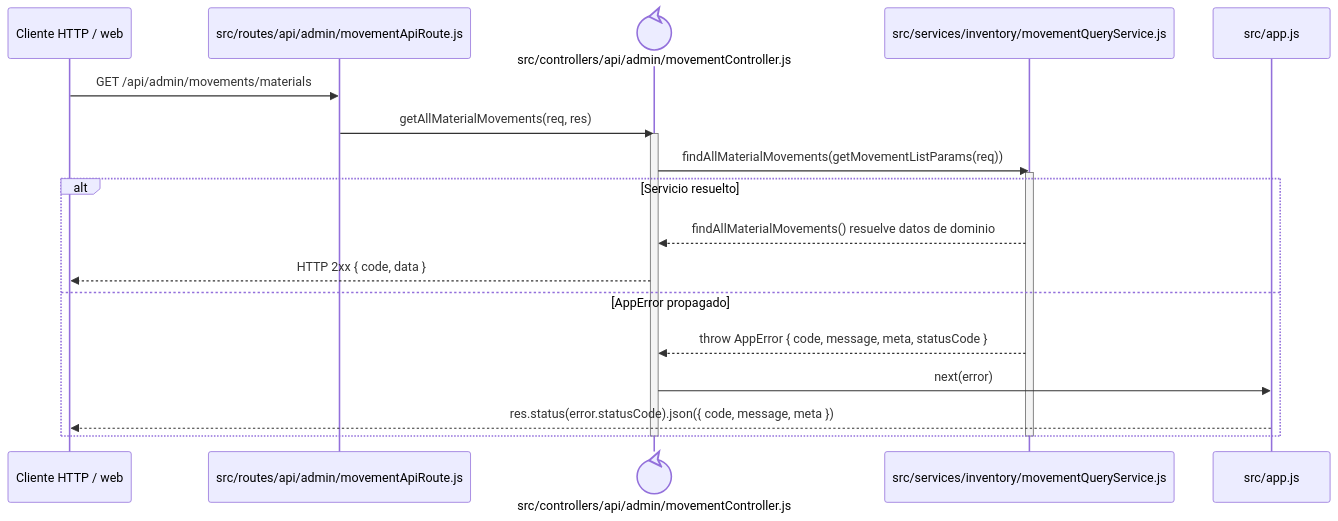
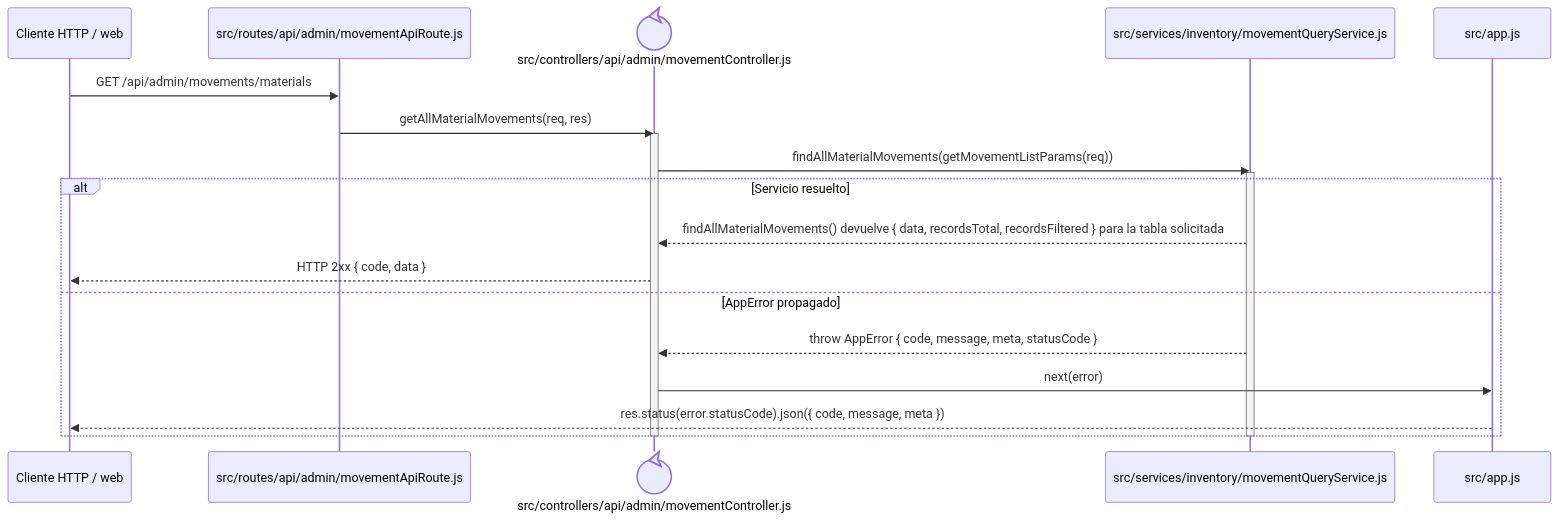
One commit to gpgsistemas01/nexus changed the diagram in docs/architecture/backend-code-sequences/catalogs/cu-alm-07.md. Above: the diagram before and after it, drawn with Mermaid. The commit also changed 102 other files, not shown here.

````diff
--- a/docs/architecture/backend-code-sequences/catalogs/cu-alm-07.md
+++ b/docs/architecture/backend-code-sequences/catalogs/cu-alm-07.md
@@ -6,24 +6,24 @@
 ```mermaid
 sequenceDiagram
     participant Client as Cliente HTTP / web
     participant Route as src/routes/api/admin/movementApiRoute.js
     participant Controller@{ "type": "control" } as src/controllers/api/admin/movementController.js
     participant Domain as src/services/inventory/movementQueryService.js
     participant ErrorHandler as src/app.js
 
     Client->>Route: GET /api/admin/movements/materials
     Route->>Controller: getAllMaterialMovements(req, res)
     activate Controller
     Controller->>Domain: findAllMaterialMovements(getMovementListParams(req))
     activate Domain
     alt Servicio resuelto
-        Domain-->>Controller: findAllMaterialMovements() resuelve datos de dominio
+        Domain-->>Controller: findAllMaterialMovements() devuelve { data, recordsTotal, recordsFiltered } para la tabla solicitada
         Controller-->>Client: HTTP 2xx { code, data }
     else AppError propagado
         Domain-->>Controller: throw AppError { code, message, meta, statusCode }
         Controller->>ErrorHandler: next(error)
         ErrorHandler-->>Client: res.status(error.statusCode).json({ code, message, meta })
     end
     deactivate Domain
     deactivate Controller
 ```
````
